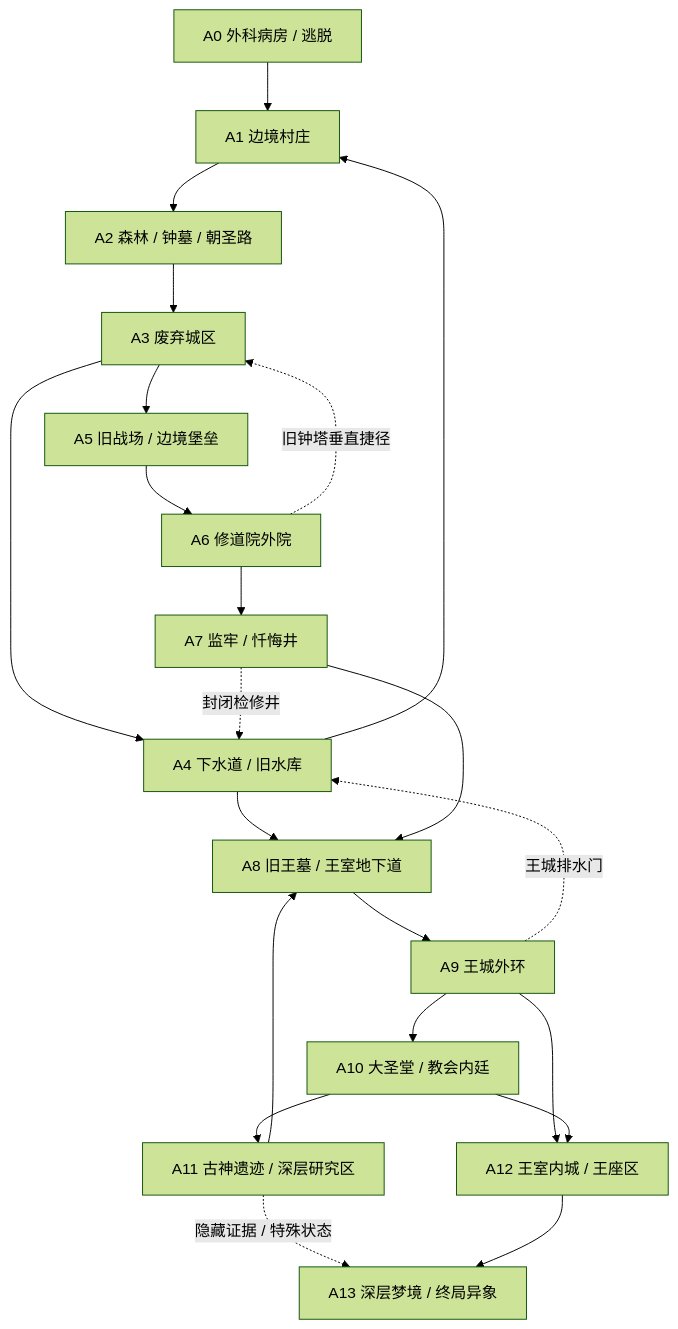
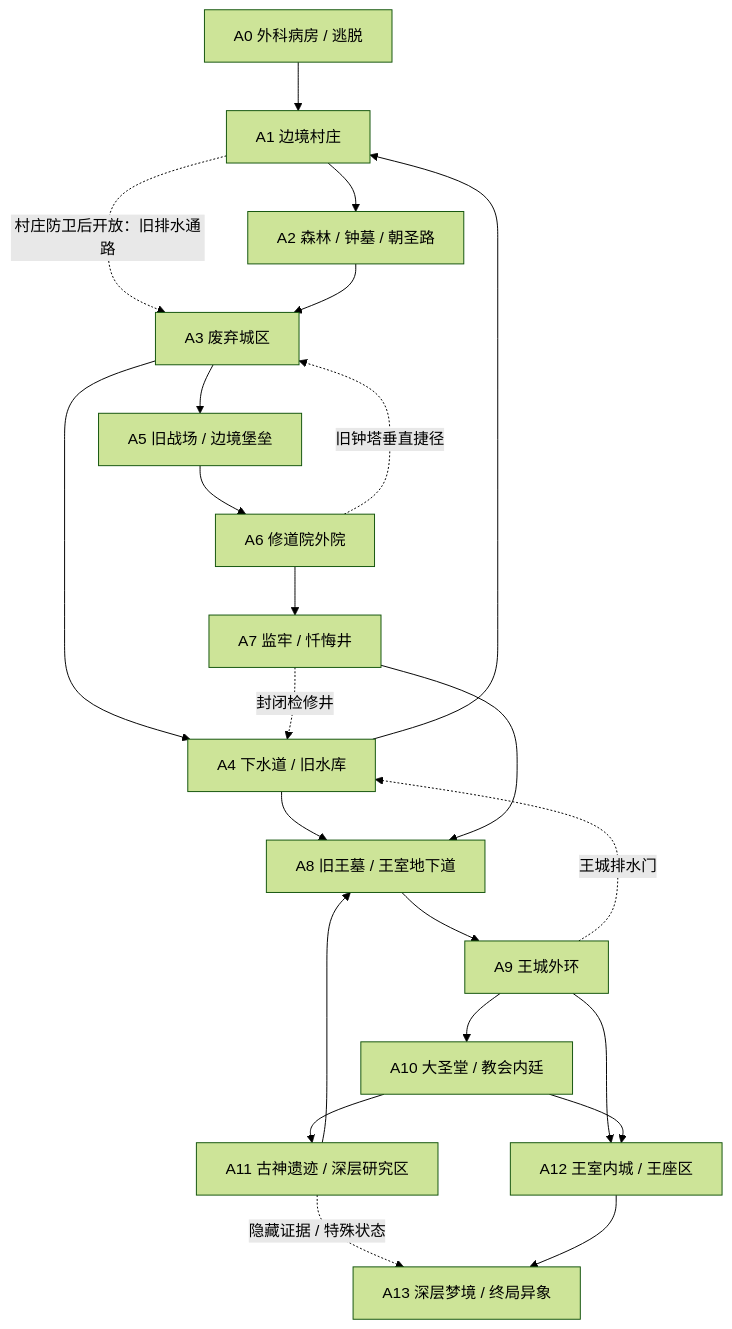
One commit to aspros-luo/Nereis-Hero changed the diagram in docs/WORLD_NETWORK_TOPOLOGY_CN.md. Above: the diagram before and after it, drawn with Mermaid (forest theme).

Commit message:
Document the village-to-city alternate route

````diff
--- a/docs/WORLD_NETWORK_TOPOLOGY_CN.md
+++ b/docs/WORLD_NETWORK_TOPOLOGY_CN.md
@@ -44,24 +44,25 @@
 ```mermaid
 flowchart TD
     A0["A0 外科病房 / 逃脱"] --> A1["A1 边境村庄"]
     A1 --> A2["A2 森林 / 钟墓 / 朝圣路"]
+    A1 -. "村庄防卫后开放：旧排水通路" .-> A3["A3 废弃城区"]
     A2 --> A3["A3 废弃城区"]
     A3 --> A4["A4 下水道 / 旧水库"]
     A4 --> A1
     A4 --> A8["A8 旧王墓 / 王室地下道"]
     A3 --> A5["A5 旧战场 / 边境堡垒"]
     A5 --> A6["A6 修道院外院"]
     A6 --> A7["A7 监牢 / 忏悔井"]
     A7 --> A8
     A8 --> A9["A9 王城外环"]
     A9 --> A10["A10 大圣堂 / 教会内廷"]
     A10 --> A11["A11 古神遗迹 / 深层研究区"]
     A11 --> A8
     A9 --> A12["A12 王室内城 / 王座区"]
     A10 --> A12
     A11 -. "隐藏证据 / 特殊状态" .-> A13["A13 深层梦境 / 终局异象"]
     A12 --> A13
     A6 -. "旧钟塔垂直捷径" .-> A3
     A9 -. "王城排水门" .-> A4
     A7 -. "封闭检修井" .-> A4
 ```
````
